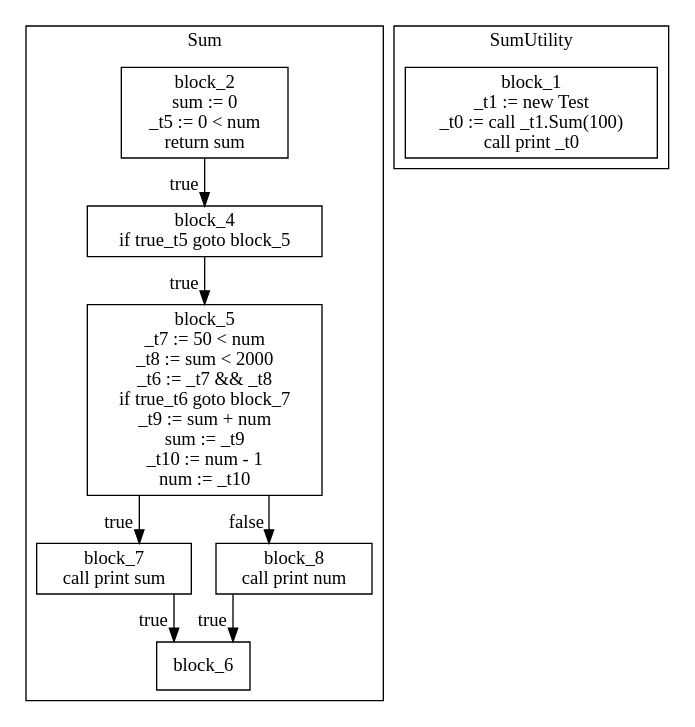
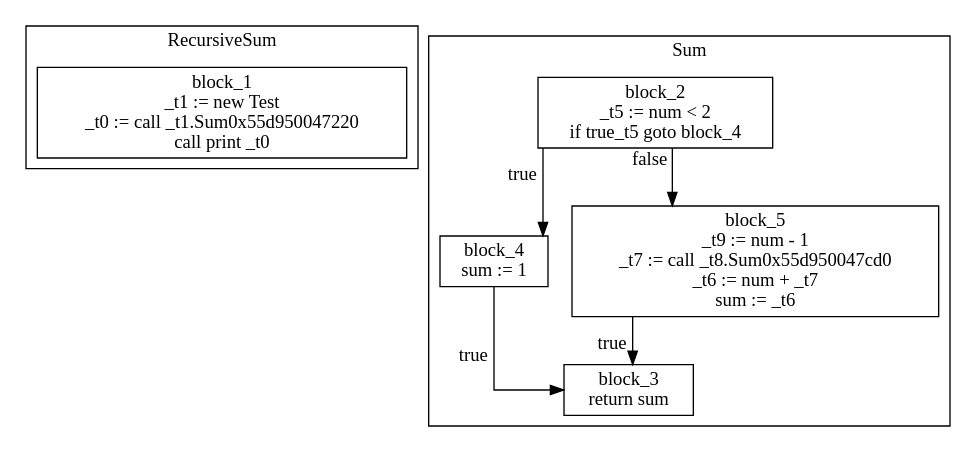
The diagram in cfg.dot (alexyhb/Compiler3IR), drawn with Graphviz before and after one commit. The commit also changed 43 other files, not shown here.

```diff
--- a/cfg.dot
+++ b/cfg.dot
@@ -1,32 +1,26 @@
 digraph {
 graph [splines=ortho]
 node [shape=box];
+subgraph "clusterRecursiveSum" {
+label = "RecursiveSum";
+block_1[shape=box label="block_1
+_t1 := new Test\n_t0 := call _t1.Sum0x55d950047220\ncall print _t0\n"];
+}
 subgraph "clusterSum" {
 label = "Sum";
 block_2[shape=box label="block_2
-sum := 0\n_t5 := 0 < num\nreturn sum\n"];
+_t5 := num < 2\nif true_t5 goto block_4\n"];
 block_2 -> block_4[xlabel="true"];
 block_4[shape=box label="block_4
-if true_t5 goto block_5\n"];
-block_4 -> block_5[xlabel="true"];
+sum := 1\n"];
+block_4 -> block_3[xlabel="true"];
+block_3[shape=box label="block_3
+return sum\n"];
+block_2 -> block_5[xlabel="false"];
 block_5[shape=box label="block_5
-_t7 := 50 < num\n_t8 := sum < 2000\n_t6 := _t7 && _t8\nif true_t6 goto block_7\n_t9 := sum + num\nsum := _t9\n_t10 := num - 1\nnum := _t10\n"];
-block_5 -> block_7[xlabel="true"];
-block_7[shape=box label="block_7
-call print sum\n"];
-block_7 -> block_6[xlabel="true"];
-block_6[shape=box label="block_6
-"];
-block_5 -> block_8[xlabel="false"];
-block_8[shape=box label="block_8
-call print num\n"];
-block_8 -> block_6[xlabel="true"];
-block_6[shape=box label="block_6
-"];
-}
-subgraph "clusterSumUtility" {
-label = "SumUtility";
-block_1[shape=box label="block_1
-_t1 := new Test\n_t0 := call _t1.Sum(100)\ncall print _t0\n"];
+_t9 := num - 1\n_t7 := call _t8.Sum0x55d950047cd0\n_t6 := num + _t7\nsum := _t6\n"];
+block_5 -> block_3[xlabel="true"];
+block_3[shape=box label="block_3
+return sum\n"];
 }
 }
```
